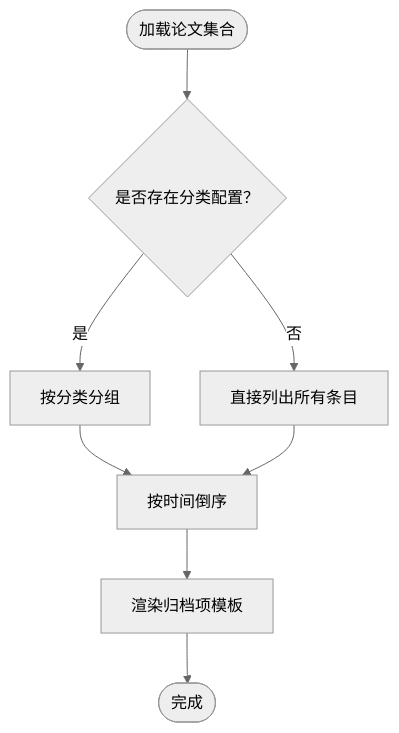
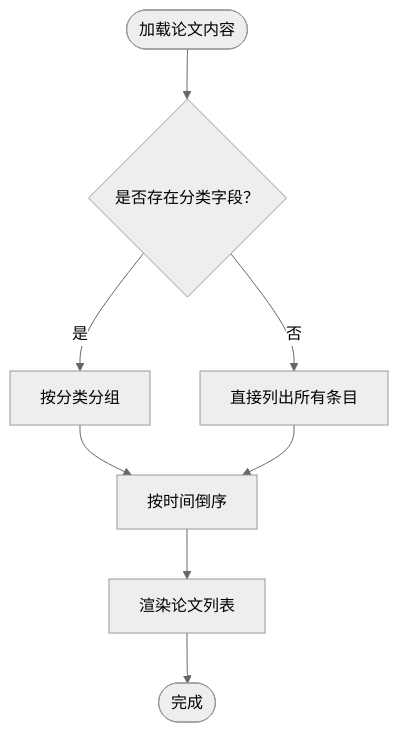
One commit to CoolPig0720/CoolPig0720.github.io changed the third of 7 diagrams in .qoder/repowiki/zh/content/内容管理系统/学术论文管理.md. Above: the diagram before and after it, drawn with Mermaid (neutral theme). The commit also changed other lines of this file and 6 other files, not shown here.

````diff
--- a/.qoder/repowiki/zh/content/内容管理系统/学术论文管理.md
+++ b/.qoder/repowiki/zh/content/内容管理系统/学术论文管理.md
@@ -186,10 +150,10 @@
 ```mermaid
 flowchart TD
-Start(["加载论文集合"]) --> CheckCat{"是否存在分类配置？"}
+Start(["加载论文内容"]) --> CheckCat{"是否存在分类字段？"}
 CheckCat --> |是| GroupByCat["按分类分组"]
 CheckCat --> |否| ListAll["直接列出所有条目"]
 GroupByCat --> SortRev["按时间倒序"]
 ListAll --> SortRev
-SortRev --> Render["渲染归档项模板"]
+SortRev --> Render["渲染论文列表"]
 Render --> End(["完成"])
 ```
````
